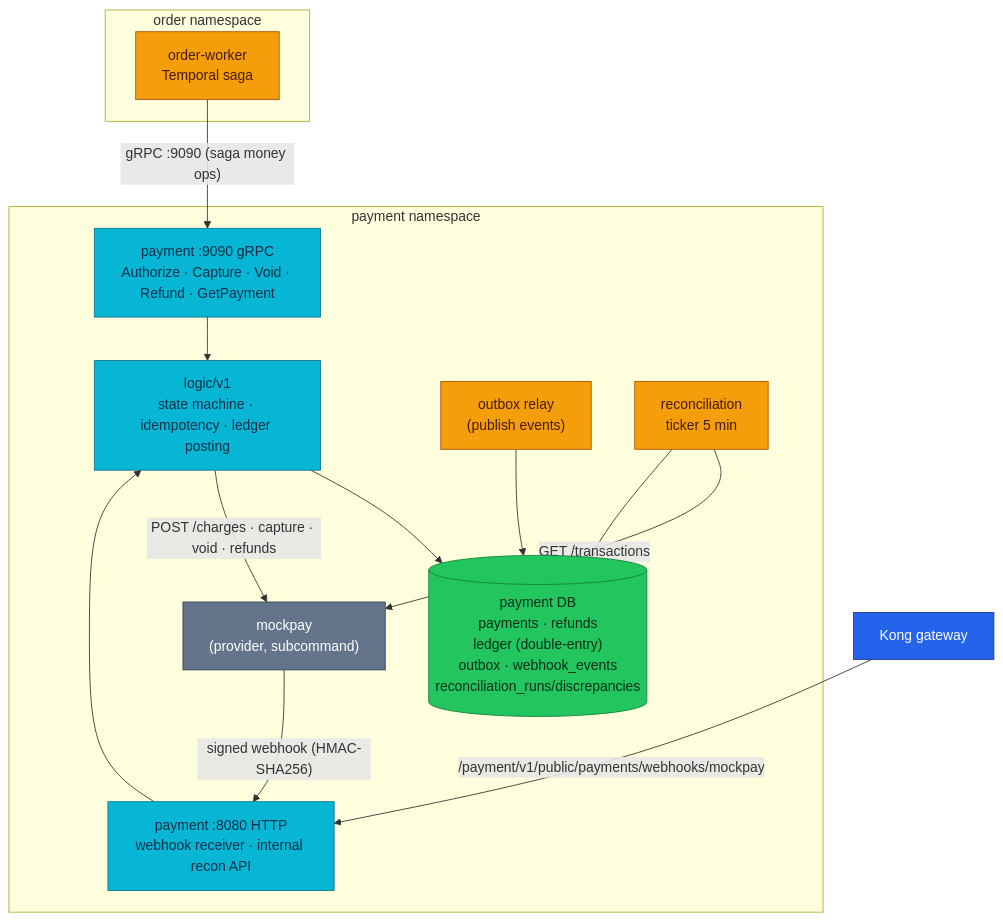
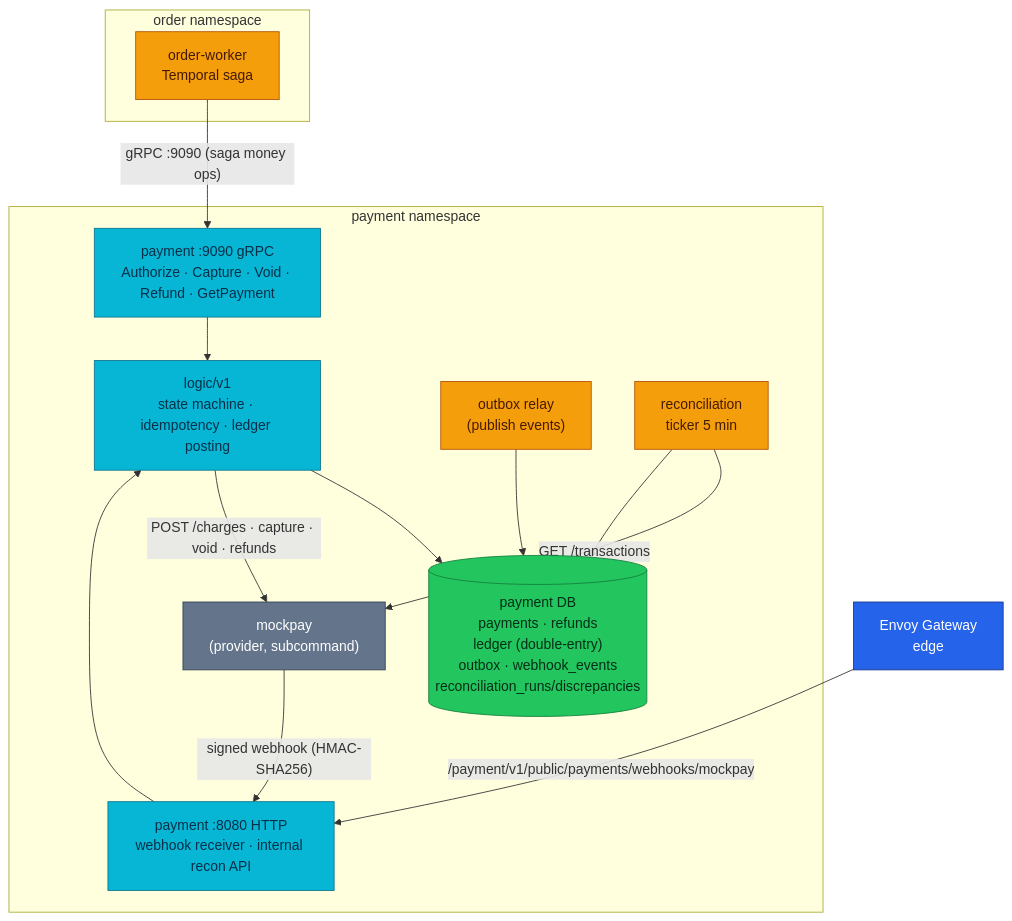
Before and after one commit to duynhlab/homelab: diagram 13 of 18 in docs/api/temporal.md, drawn with Mermaid. The commit also changed other lines of this file and 28 other files, not shown here.

````diff
--- a/docs/api/temporal.md
+++ b/docs/api/temporal.md
@@ -592,36 +592,36 @@
 ```mermaid
 flowchart TB
     subgraph order_ns["order namespace"]
         OW["order-worker<br/>Temporal saga"]
     end
     subgraph payment_ns["payment namespace"]
         PGRPC["payment :9090 gRPC<br/>Authorize · Capture · Void · Refund · GetPayment"]
         PHTTP["payment :8080 HTTP<br/>webhook receiver · internal recon API"]
         PLOGIC["logic/v1<br/>state machine · idempotency · ledger posting"]
         PDB[("payment DB<br/>payments · refunds<br/>ledger (double-entry)<br/>outbox · webhook_events<br/>reconciliation_runs/discrepancies")]
         MP["mockpay<br/>(provider, subcommand)"]
         RELAY["outbox relay<br/>(publish events)"]
         RECON["reconciliation<br/>ticker 5 min"]
         PGRPC --> PLOGIC
         PHTTP --> PLOGIC
         PLOGIC --> PDB
         PLOGIC -->|"POST /charges · capture · void · refunds"| MP
         MP -->|"signed webhook (HMAC-SHA256)"| PHTTP
         RELAY --> PDB
         RECON -->|"GET /transactions"| MP
         RECON --> PDB
     end
     OW -->|"gRPC :9090 (saga money ops)"| PGRPC
-    KONG["Kong gateway"] -->|"/payment/v1/public/payments/webhooks/mockpay"| PHTTP
+    EDGE["Envoy Gateway<br/>edge"] -->|"/payment/v1/public/payments/webhooks/mockpay"| PHTTP
 
     classDef edge fill:#2563eb,color:#fff,stroke:#1e3a8a;
     classDef service fill:#06b6d4,color:#082f49,stroke:#0e7490;
     classDef worker fill:#f59e0b,color:#451a03,stroke:#b45309;
     classDef data fill:#22c55e,color:#052e16,stroke:#15803d;
     classDef external fill:#64748b,color:#fff,stroke:#334155;
-    class KONG edge;
+    class EDGE edge;
     class PGRPC,PHTTP,PLOGIC service;
     class OW,RELAY,RECON worker;
     class PDB data;
     class MP external;
 ```
````
